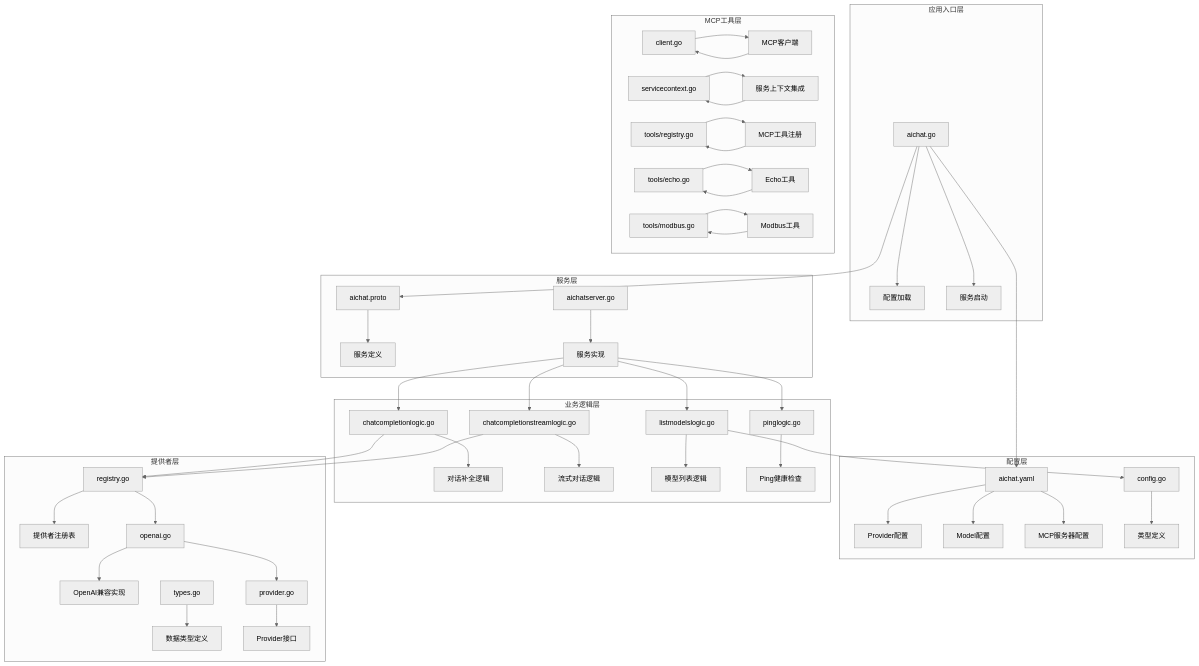
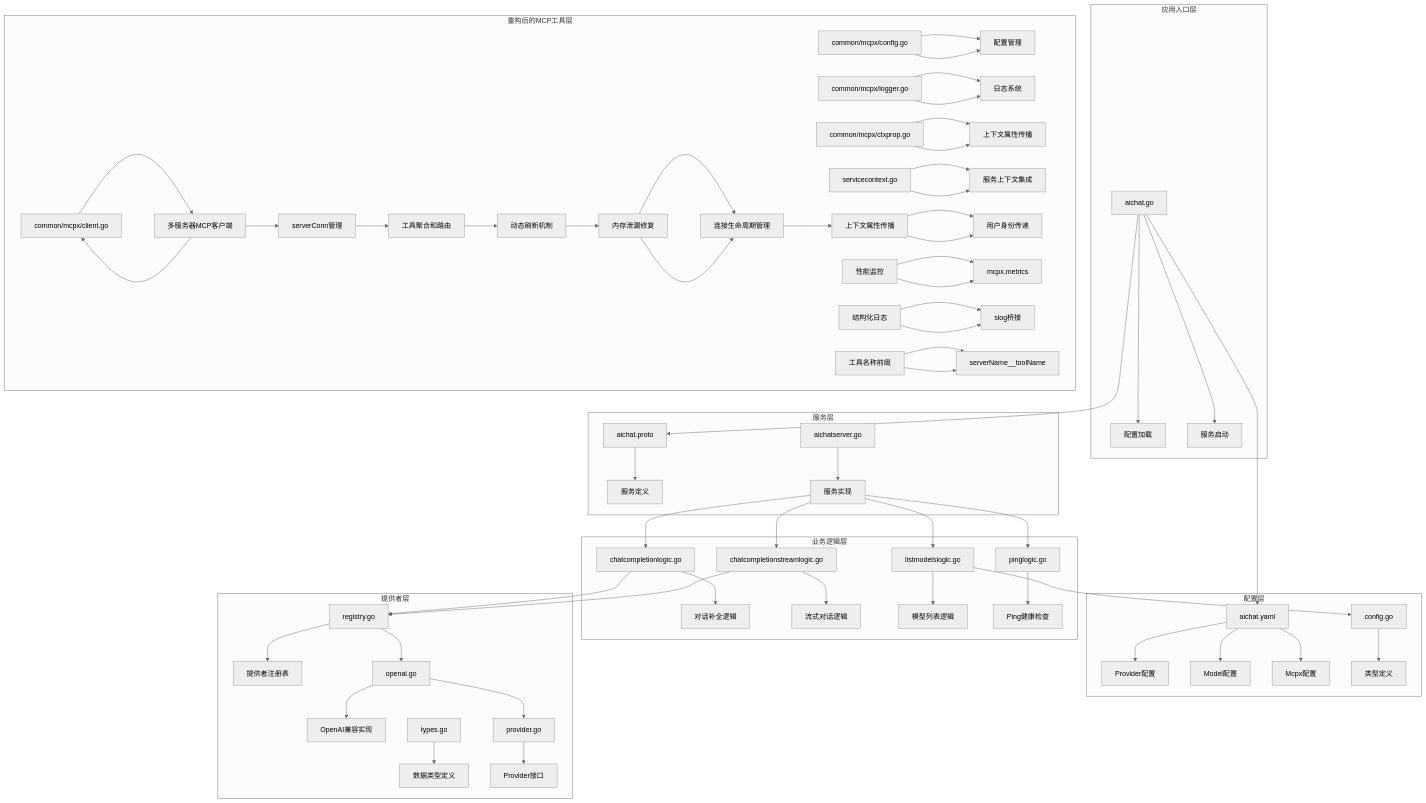
The first of 11 diagrams in .qoder/repowiki/zh/content/核心服务详解/AI聊天服务.md (maomao94/zero-service), drawn with Mermaid (neutral theme) before and after one commit. The commit also changed other lines of this file and 11 other files, not shown here.

````diff
--- a/.qoder/repowiki/zh/content/核心服务详解/AI聊天服务.md
+++ b/.qoder/repowiki/zh/content/核心服务详解/AI聊天服务.md
@@ -61,52 +70,67 @@
 ```mermaid
 graph TB
 subgraph "应用入口层"
 A[aichat.go] --> B[配置加载]
 A --> C[服务启动]
 end
 subgraph "配置层"
 D[aichat.yaml] --> E[Provider配置]
 D --> F[Model配置]
-D --> G[MCP服务器配置]
+D --> G[Mcpx配置]
 H[config.go] --> I[类型定义]
 end
 subgraph "服务层"
 J[aichat.proto] --> K[服务定义]
 L[aichatserver.go] --> M[服务实现]
 end
 subgraph "业务逻辑层"
 N[chatcompletionlogic.go] --> O[对话补全逻辑]
 P[chatcompletionstreamlogic.go] --> Q[流式对话逻辑]
 R[listmodelslogic.go] --> S[模型列表逻辑]
 T[pinglogic.go] --> U[Ping健康检查]
 end
 subgraph "提供者层"
 V[registry.go] --> W[提供者注册表]
 X[openai.go] --> Y[OpenAI兼容实现]
 Z[types.go] --> AA[数据类型定义]
 BB[provider.go] --> CC[Provider接口]
 end
-subgraph "MCP工具层"
-DD[client.go] --> EE[MCP客户端]
-FF[servicecontext.go] --> GG[服务上下文集成]
-HH[tools/registry.go] --> II[MCP工具注册]
-JJ[tools/echo.go] --> KK[Echo工具]
-LL[tools/modbus.go] --> MM[Modbus工具]
+subgraph "重构后的MCP工具层"
+DD[common/mcpx/client.go] --> EE[多服务器MCP客户端]
+FF[common/mcpx/config.go] --> GG[配置管理]
+HH[common/mcpx/logger.go] --> II[日志系统]
+JJ[common/mcpx/ctxprop.go] --> KK[上下文属性传播]
+LL[servicecontext.go] --> MM[服务上下文集成]
+EE --> NN[serverConn管理]
+OO[工具聚合和路由] --> PP[动态刷新机制]
+QQ[内存泄漏修复] --> RR[连接生命周期管理]
+SS[上下文属性传播] --> TT[用户身份传递]
+UU[性能监控] --> VV[mcpx.metrics]
+WW[结构化日志] --> XX[slog桥接]
+YY[工具名称前缀] --> ZZ[serverName__toolName]
 end
 A --> D
 A --> J
 M --> N
 M --> P
 M --> R
 M --> T
 N --> V
 P --> V
 R --> H
 V --> X
 X --> BB
 EE --> DD
-GG --> FF
-II --> HH
-KK --> JJ
-MM --> LL
+FF --> GG
+HH --> II
+JJ --> KK
+LL --> MM
+NN --> OO
+PP --> QQ
+QQ --> RR
+RR --> SS
+SS --> TT
+UU --> VV
+WW --> XX
+YY --> ZZ
 ```
````
